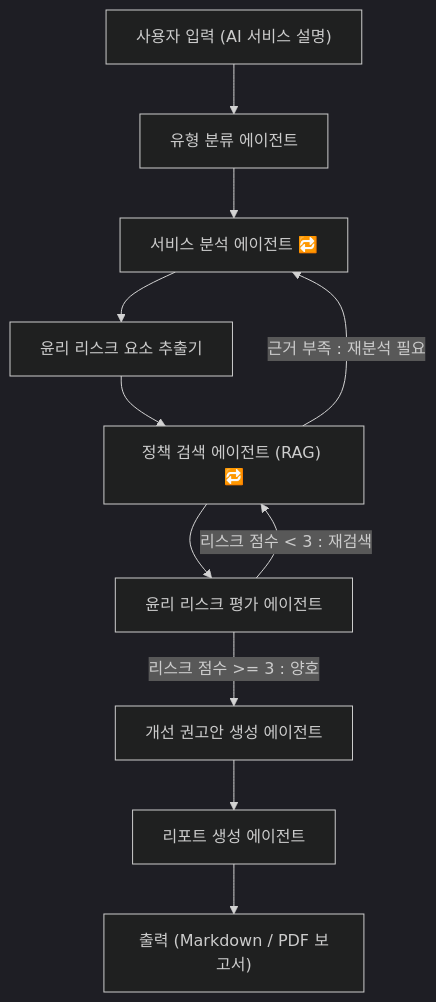
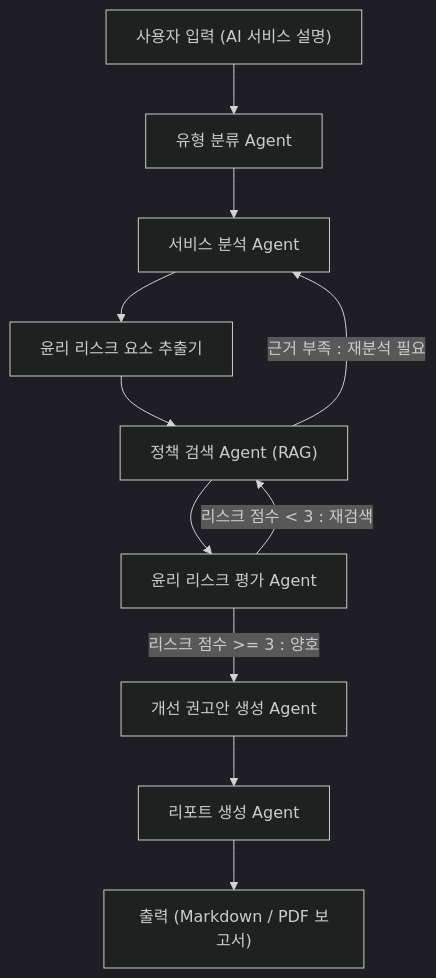
One commit to hwiyoon20010309/ai-ethics-audit-agent changed the second of 2 diagrams in README.md. Above: the diagram before and after it, drawn with Mermaid (dark theme).

````diff
--- a/README.md
+++ b/README.md
@@ -101,18 +101,18 @@
 ```mermaid
 graph TD
-A["사용자 입력 (AI 서비스 설명)"] --> B["유형 분류 에이전트"]
-B --> C["서비스 분석 에이전트"]
+A["사용자 입력 (AI 서비스 설명)"] --> B["유형 분류 Agent"]
+B --> C["서비스 분석 Agent"]
 C --> D["윤리 리스크 요소 추출기"]
-D --> E["정책 검색 에이전트 (RAG)"]
-E --> F["윤리 리스크 평가 에이전트"]
+D --> E["정책 검색 Agent (RAG)"]
+E --> F["윤리 리스크 평가 Agent"]
 
 %% 조건 분기
-F -->|리스크 점수 >= 3 : 양호| G["개선 권고안 생성 에이전트"]
-F -->|리스크 점수 < 3 : 재검색| E["정책 검색 에이전트 (RAG) 🔁"]
-E -->|근거 부족 : 재분석 필요| C["서비스 분석 에이전트 🔁"]
+F -->|리스크 점수 >= 3 : 양호| G["개선 권고안 생성 Agent"]
+F -->|리스크 점수 < 3 : 재검색| E["정책 검색 Agent (RAG)"]
+E -->|근거 부족 : 재분석 필요| C["서비스 분석 Agent"]
 
-G --> H["리포트 생성 에이전트"]
+G --> H["리포트 생성 Agent"]
 H --> I["출력 (Markdown / PDF 보고서)"]
 
 
 ```
````
